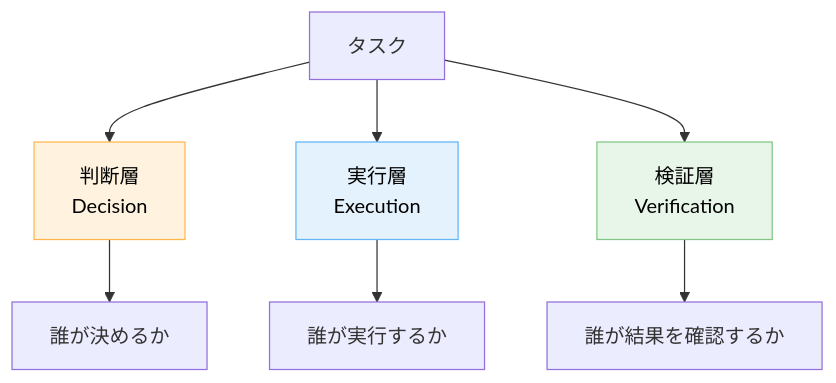
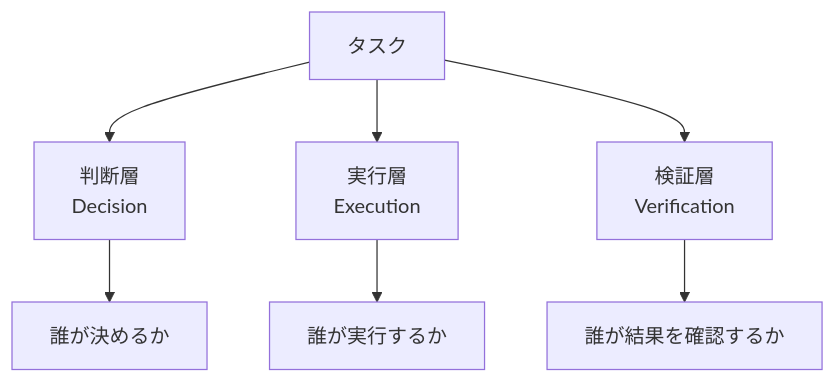
The first of 3 diagrams in docs/concepts/ai-エージェントと人間の責任分界.md (dinekt/dinekt-wiki), drawn with Mermaid before and after one commit. The commit also changed other lines of this file and 70 other files, not shown here.

First line of the commit message:
fix(mermaid): strip all inline styling, rely on theme

````diff
--- a/docs/concepts/ai-エージェントと人間の責任分界.md
+++ b/docs/concepts/ai-エージェントと人間の責任分界.md
@@ -23,15 +23,12 @@
 ```mermaid
 flowchart TD
     T[タスク]
     T --> D[判断層<br/>Decision]
     T --> E[実行層<br/>Execution]
     T --> V[検証層<br/>Verification]
 
     D --> DA[誰が決めるか]
     E --> EA[誰が実行するか]
     V --> VA[誰が結果を確認するか]
 
-    style D fill:#fff3e0,stroke:#ffb74d,color:#000
-    style E fill:#e3f2fd,stroke:#64b5f6,color:#000
-    style V fill:#e8f5e9,stroke:#81c784,color:#000
 ```
````
